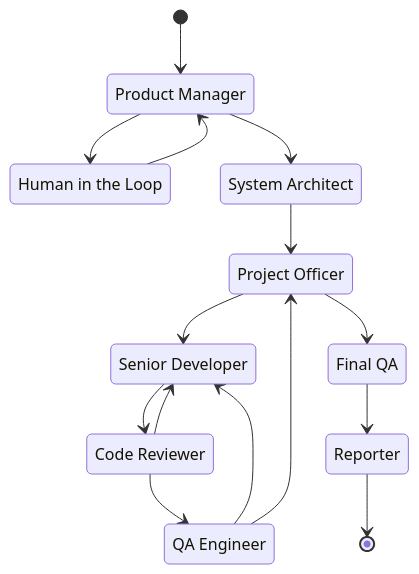
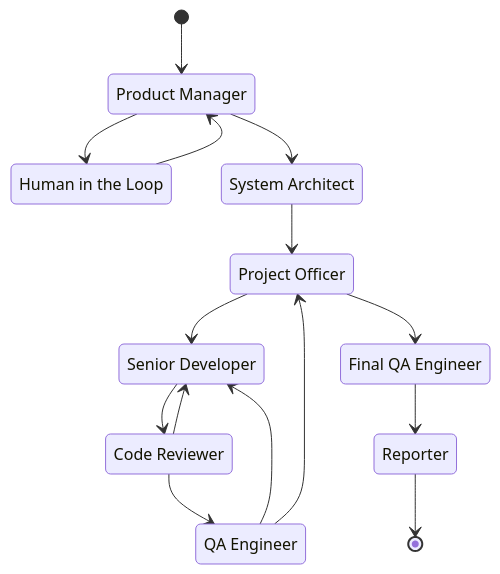
Before and after one commit to bobrovsky420/my-dev-team: the diagram in README.md, drawn with Mermaid. The commit also changed 1 other file, not shown here.

Commit message:
Improved console logging in CLI

````diff
--- a/README.md
+++ b/README.md
@@ -126,26 +126,26 @@
 ```mermaid
 stateDiagram-v2
     pm : Product Manager
     human : Human in the Loop
     architect : System Architect
     officer : Project Officer
     dev : Senior Developer
     reviewer : Code Reviewer
     qa : QA Engineer
-    final_qa : Final QA
+    final_qa : Final QA Engineer
     reporter : Reporter
     [*] --> pm
     pm --> human
     human --> pm
     pm --> architect
     architect --> officer
     officer --> dev
     dev --> reviewer
     reviewer --> dev
     reviewer --> qa
     qa --> dev
     qa --> officer
     officer --> final_qa
     final_qa --> reporter
     reporter --> [*]
 ```
````
